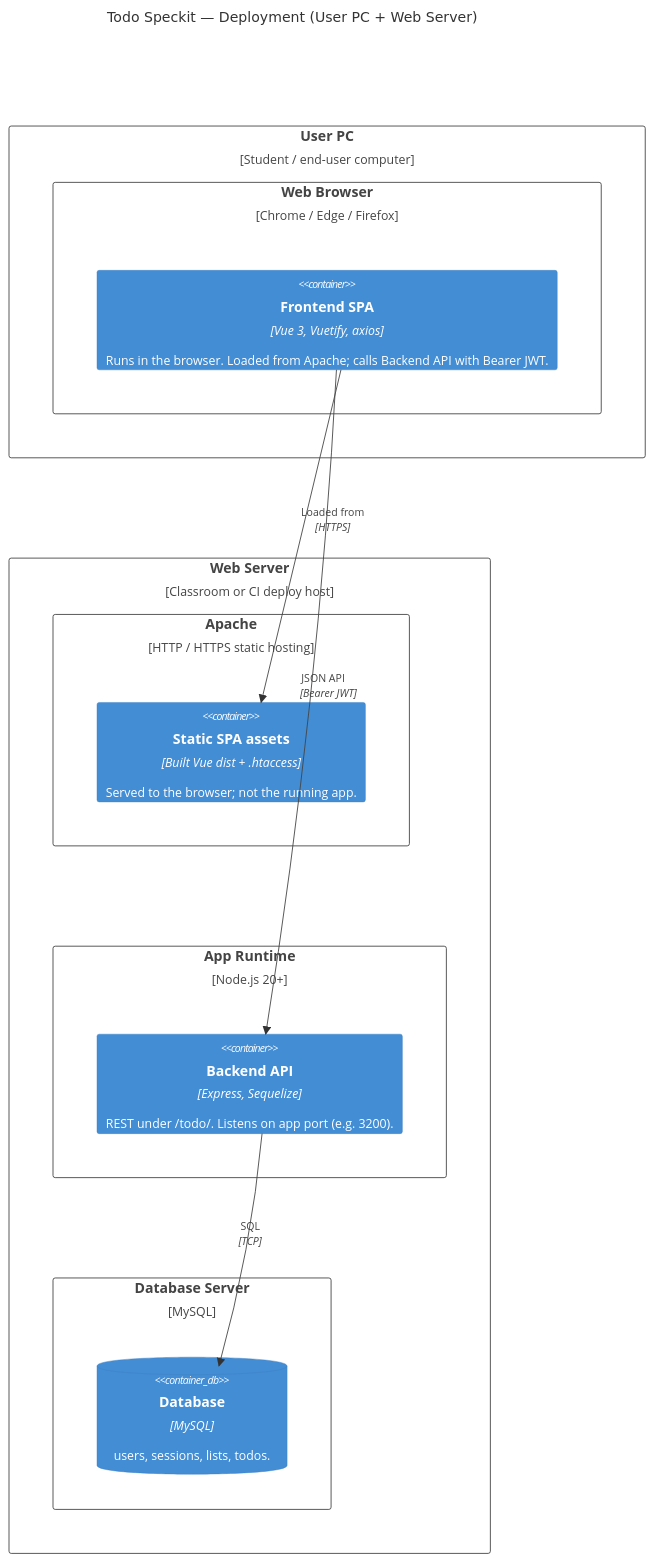
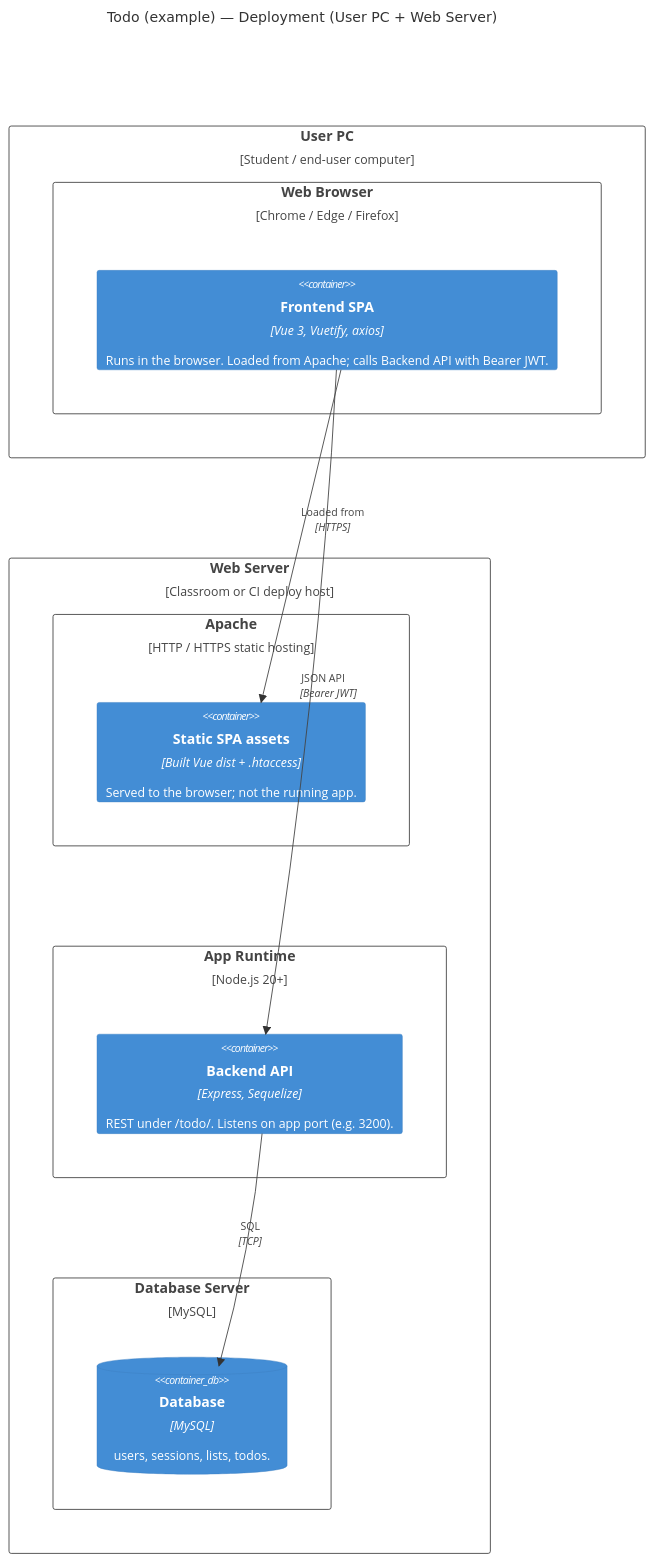
One commit to OC-ComputerScience/todospeckit changed the diagram in docs/arch_diagrams/c4-deployment.md. Above: the diagram before and after it, drawn with Mermaid. The commit also changed 30 other files, not shown here.

````diff
--- a/docs/arch_diagrams/c4-deployment.md
+++ b/docs/arch_diagrams/c4-deployment.md
@@ -5,34 +5,34 @@
 ```mermaid
 C4Deployment
-title Todo Speckit — Deployment (User PC + Web Server)
+title Todo (example) — Deployment (User PC + Web Server)
 
 UpdateLayoutConfig($c4ShapeInRow="3", $c4BoundaryInRow="1")
 
 Deployment_Node(userPc, "User PC", "Student / end-user computer") {
     Deployment_Node(browser, "Web Browser", "Chrome / Edge / Firefox") {
         Container(spa, "Frontend SPA", "Vue 3, Vuetify, axios", "Runs in the browser. Loaded from Apache; calls Backend API with Bearer JWT.")
     }
 }
 
 Deployment_Node(webServer, "Web Server", "Classroom or CI deploy host") {
     Deployment_Node(apache, "Apache", "HTTP / HTTPS static hosting") {
         Container(staticAssets, "Static SPA assets", "Built Vue dist + .htaccess", "Served to the browser; not the running app.")
     }
 
     Deployment_Node(runtime, "App Runtime", "Node.js 20+") {
         Container(api, "Backend API", "Express, Sequelize", "REST under /todo/. Listens on app port (e.g. 3200).")
     }
 
     Deployment_Node(data, "Database Server", "MySQL") {
         ContainerDb(db, "Database", "MySQL", "users, sessions, lists, todos.")
     }
 }
 
 Rel(spa, staticAssets, "Loaded from", "HTTPS")
 Rel(spa, api, "JSON API", "Bearer JWT")
 Rel(api, db, "SQL", "TCP")
 
 UpdateRelStyle(spa, staticAssets, $offsetY="-30")
 UpdateRelStyle(spa, api, $offsetY="-30")
 UpdateRelStyle(api, db, $offsetY="-30")
 ```
````
